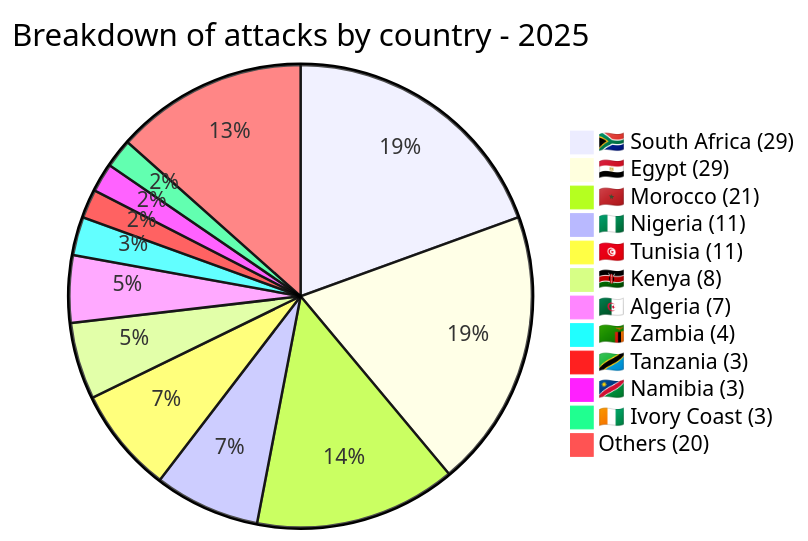
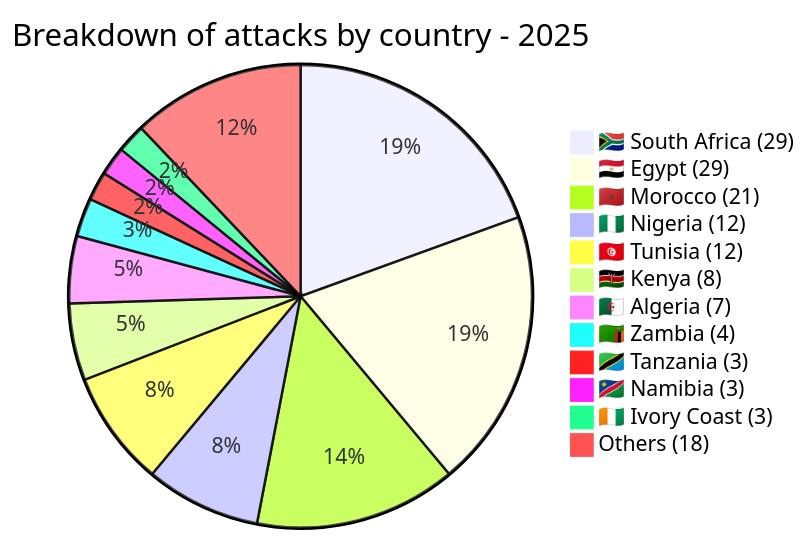
The fifth of 6 diagrams in CyberAttackAfrica/2025/README.md (Hatchepsoute/AFRINTEL), drawn with Mermaid before and after one commit. The commit also changed other lines of this file and 85 other files, not shown here.

````diff
--- a/CyberAttackAfrica/2025/README.md
+++ b/CyberAttackAfrica/2025/README.md
@@ -156,15 +156,15 @@
 ```mermaid
 pie title Breakdown of attacks by country - 2025
     "🇿🇦 South Africa (29)" : 29
     "🇪🇬 Egypt (29)" : 29
     "🇲🇦 Morocco (21)" : 21
-    "🇳🇬 Nigeria (11)" : 11
-    "🇹🇳 Tunisia (11)" : 11
+    "🇳🇬 Nigeria (12)" : 12
+    "🇹🇳 Tunisia (12)" : 12
     "🇰🇪 Kenya (8)" : 8
     "🇩🇿 Algeria (7)" : 7
     "🇿🇲 Zambia (4)" : 4
     "🇹🇿 Tanzania (3)" : 3
     "🇳🇦  Namibia (3)" : 3
     "🇨🇮 Ivory Coast (3)" : 3
-    "Others (20)" : 20
+    "Others (18)" : 18
 ```
````
